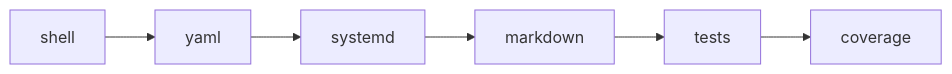
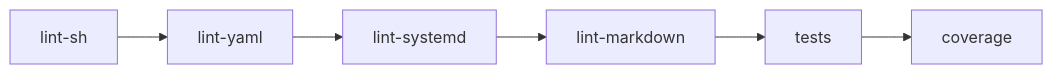
The diagram in CONTRIBUTING.md (theaussiepom/kiosk-retropie), drawn with Mermaid before and after one commit. The commit also changed other lines of this file and 16 other files, not shown here.

````diff
--- a/CONTRIBUTING.md
+++ b/CONTRIBUTING.md
@@ -25,4 +26,7 @@
 ```mermaid
 flowchart LR
-  shell[shell] --> yaml[yaml] --> systemd[systemd] --> markdown[markdown] --> tests[tests] --> coverage[coverage]
+  lint_sh[lint-sh] --> lint_yaml[lint-yaml]
+  lint_yaml --> lint_systemd[lint-systemd]
+  lint_systemd --> lint_markdown[lint-markdown]
+  lint_markdown --> tests[tests] --> coverage[coverage]
 ```
````
